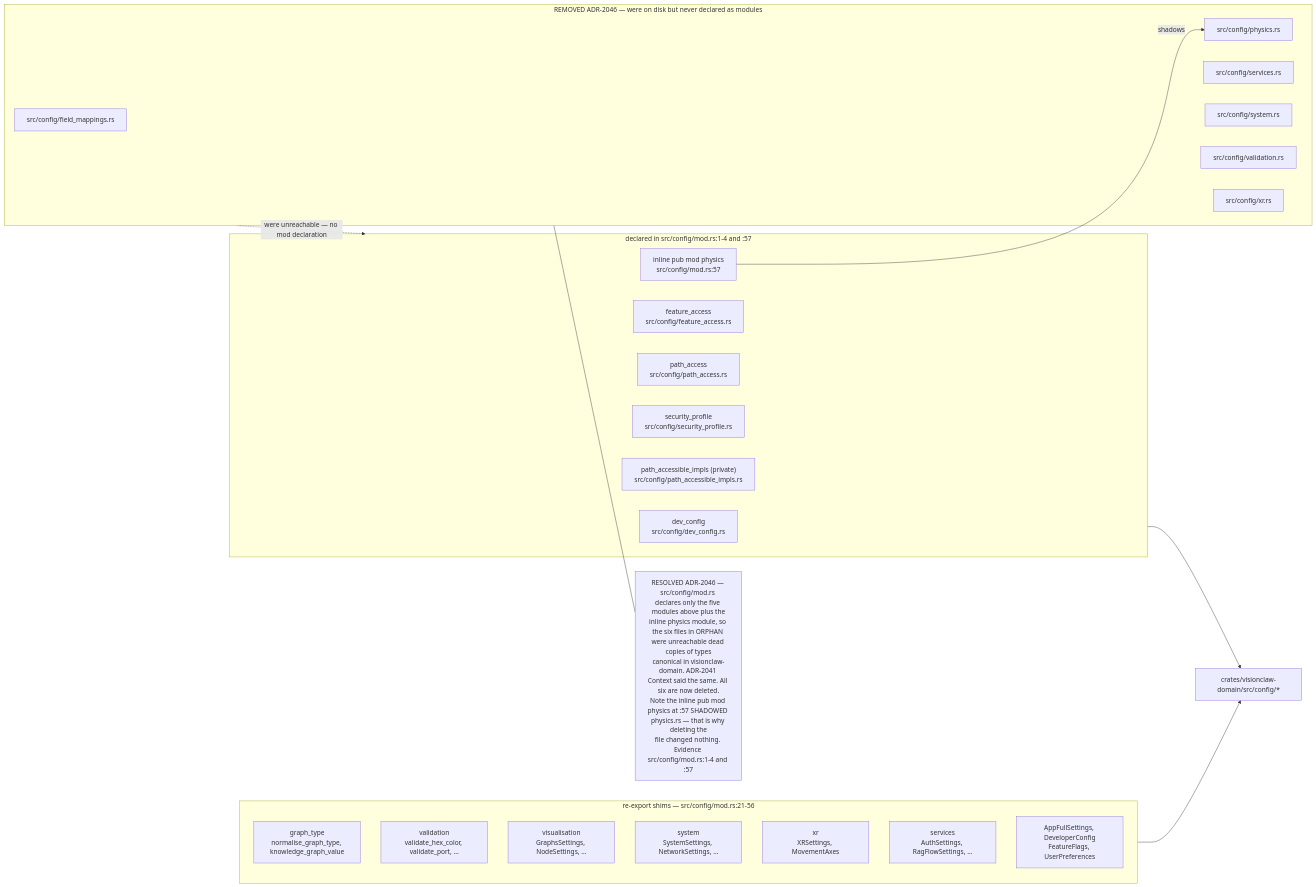
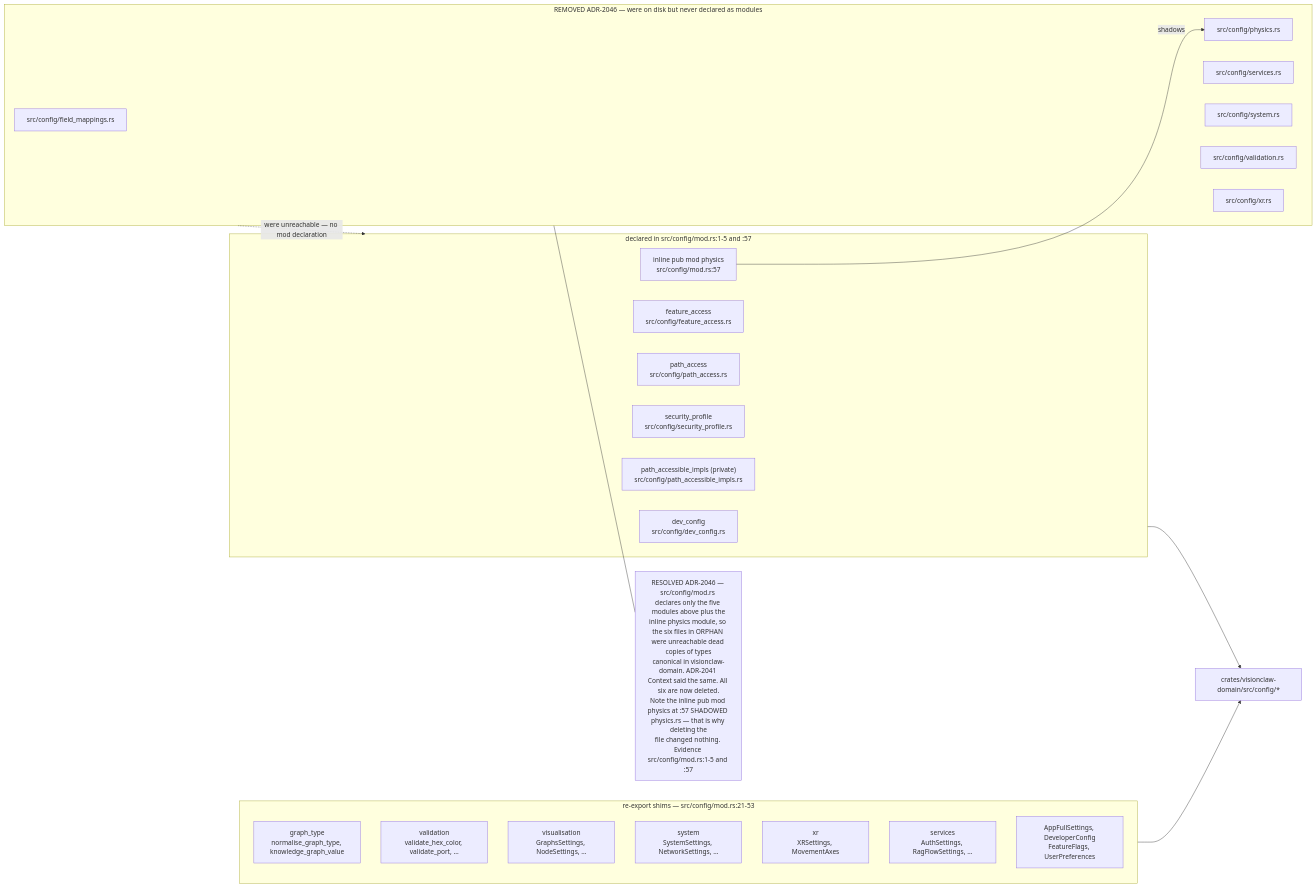
The second of 15 diagrams in docs/diagrams/visionclaw/09-config-and-env-flags.md (DreamLab-AI/VisionFlow), drawn with Mermaid before and after one commit. The commit also changed other lines of this file and 136 other files, not shown here.

First line of the commit message:
docs(diagrams): refresh the whole corpus to code HEAD and prune low-value diagrams

````diff
--- a/docs/diagrams/visionclaw/09-config-and-env-flags.md
+++ b/docs/diagrams/visionclaw/09-config-and-env-flags.md
@@ -114,35 +115,35 @@
 ```mermaid
 flowchart LR
-    subgraph DECL["declared in src/config/mod.rs:1-4 and :57"]
+    subgraph DECL["declared in src/config/mod.rs:1-5 and :57"]
         D1["dev_config<br/>src/config/dev_config.rs"]
         D2["feature_access<br/>src/config/feature_access.rs"]
         D3["path_access<br/>src/config/path_access.rs"]
         D4["security_profile<br/>src/config/security_profile.rs"]
         D5["path_accessible_impls (private)<br/>src/config/path_accessible_impls.rs"]
         D6["inline pub mod physics<br/>src/config/mod.rs:57"]
     end
-    subgraph REEXPORT["re-export shims — src/config/mod.rs:21-56"]
+    subgraph REEXPORT["re-export shims — src/config/mod.rs:21-53"]
         R1["graph_type<br/>normalise_graph_type, knowledge_graph_value"]
         R2["validation<br/>validate_hex_color, validate_port, ..."]
         R3["visualisation<br/>GraphsSettings, NodeSettings, ..."]
         R4["system<br/>SystemSettings, NetworkSettings, ..."]
         R5["xr<br/>XRSettings, MovementAxes"]
         R6["services<br/>AuthSettings, RagFlowSettings, ..."]
         R7["AppFullSettings, DeveloperConfig<br/>FeatureFlags, UserPreferences"]
     end
     DOM["crates/visionclaw-domain/src/config/*"]
     subgraph ORPHAN["REMOVED ADR-2046 — were on disk but never declared as modules"]
         O1["src/config/field_mappings.rs"]
         O2["src/config/physics.rs"]
         O3["src/config/services.rs"]
         O4["src/config/system.rs"]
         O5["src/config/validation.rs"]
         O6["src/config/xr.rs"]
     end
     DECL --> DOM
     REEXPORT --> DOM
     D6 -->|"shadows"| O2
     ORPHAN -.->|"were unreachable — no mod declaration"| DECL
-    N1["RESOLVED ADR-2046 — src/config/mod.rs declares only the five modules above plus the<br/>inline physics module, so the six files in ORPHAN were unreachable dead copies of types<br/>canonical in visionclaw-domain. ADR-2041 Context said the same. All six are now deleted.<br/>Note the inline pub mod physics at :57 SHADOWED physics.rs — that is why deleting the<br/>file changed nothing. Evidence src/config/mod.rs:1-4 and :57"]
+    N1["RESOLVED ADR-2046 — src/config/mod.rs declares only the five modules above plus the<br/>inline physics module, so the six files in ORPHAN were unreachable dead copies of types<br/>canonical in visionclaw-domain. ADR-2041 Context said the same. All six are now deleted.<br/>Note the inline pub mod physics at :57 SHADOWED physics.rs — that is why deleting the<br/>file changed nothing. Evidence src/config/mod.rs:1-5 and :57"]
     ORPHAN --- N1
 ```
````
